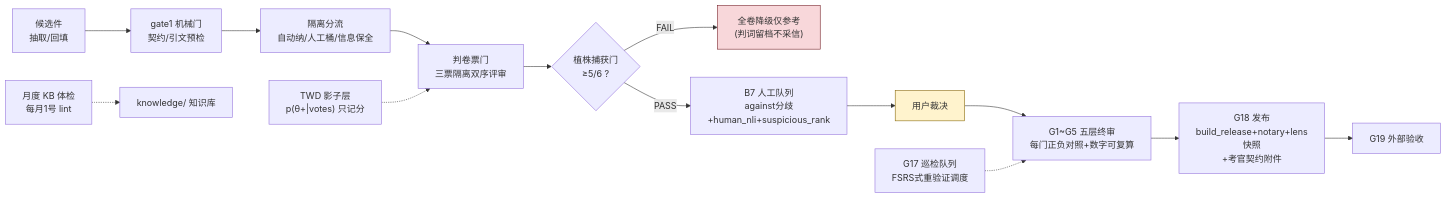
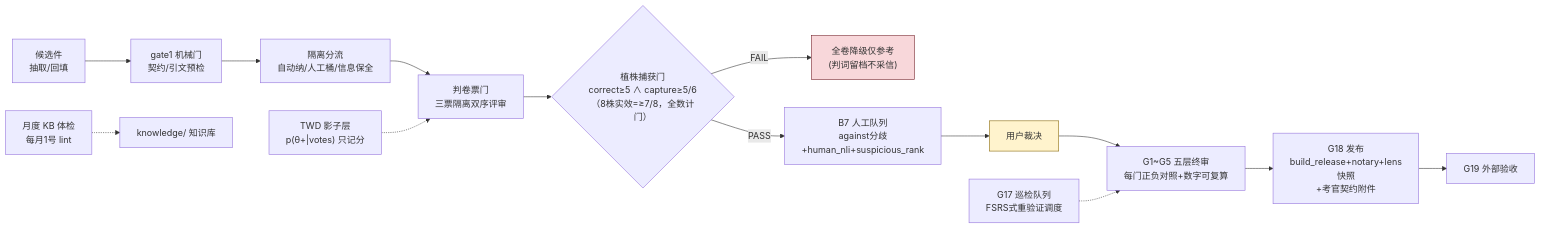
One commit to master666-max/cbb-pipeline changed the diagram in 正典库构建系统/架构图/07-质量门流水线.md. Above: the diagram before and after it, drawn with Mermaid. The commit also changed 3 other files, not shown here.

````diff
--- a/正典库构建系统/架构图/07-质量门流水线.md
+++ b/正典库构建系统/架构图/07-质量门流水线.md
@@ -5,20 +5,20 @@
 ```mermaid
 flowchart LR
   A["候选件<br/>抽取/回填"] --> B["gate1 机械门<br/>契约/引文预检"]
   B --> C["隔离分流<br/>自动纳/人工桶/信息保全"]
   C --> D["判卷票门<br/>三票隔离双序评审"]
-  D --> E{"植株捕获门<br/>≥5/6 ?"}
+  D --> E{"植株捕获门<br/>correct≥5 ∧ capture≥5/6<br/>（8株实效=≥7/8，全数计门）"}
   E -->|"FAIL"| F["全卷降级仅参考<br/>(判词留档不采信)"]
   E -->|"PASS"| G["B7 人工队列<br/>against分歧+human_nli+suspicious_rank"]
   G --> H["用户裁决"]
   H --> I["G1~G5 五层终审<br/>每门正负对照+数字可复算"]
   I --> J["G18 发布<br/>build_release+notary+lens快照<br/>+考官契约附件"]
   J --> K["G19 外部验收"]
 
   TWD["TWD 影子层<br/>p(θ+|votes) 只记分"] -.-> D
   PATROL["G17 巡检队列<br/>FSRS式重验证调度"] -.-> I
   LINT["月度 KB 体检<br/>每月1号 lint"] -.-> KBK["knowledge/ 知识库"]
 
   style F fill:#f8d7da,stroke:#721c24
   style H fill:#fff3cd,stroke:#856404
 ```
````
